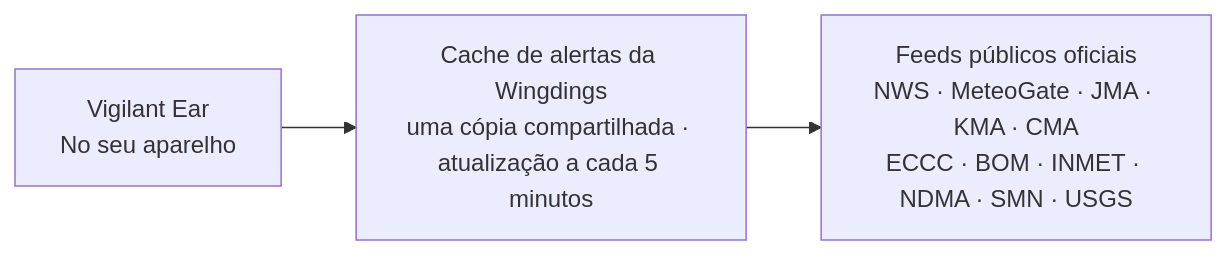
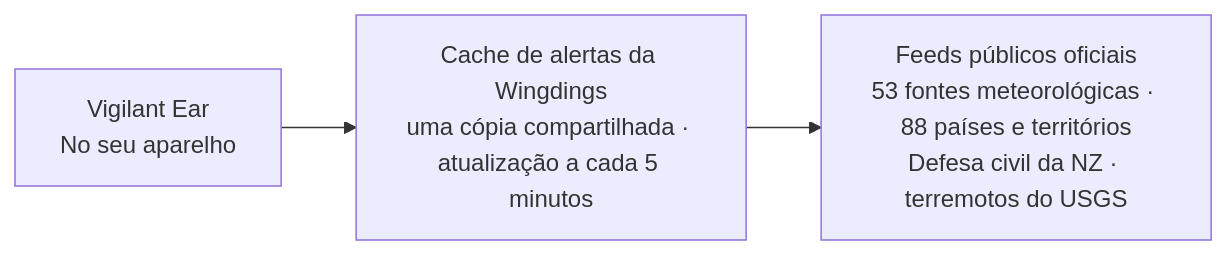
One commit to rpalm01-star/VigilantEarLegal changed the fourth of 4 diagrams in README_pt-BR.md. Above: the diagram before and after it, drawn with Mermaid. The commit also changed other lines of this file and 44 other files, not shown here.

````diff
--- a/README_pt-BR.md
+++ b/README_pt-BR.md
@@ -171,5 +171,5 @@
 ```mermaid
 graph LR
     P1["Vigilant Ear<br/>No seu aparelho"] --> W["Cache de alertas da Wingdings<br/>uma cópia compartilhada · atualização a cada 5 minutos"]
-    W --> N["Feeds públicos oficiais<br/>NWS · MeteoGate · JMA · KMA · CMA<br/>ECCC · BOM · INMET · NDMA · SMN · USGS"]
+    W --> N["Feeds públicos oficiais<br/>53 fontes meteorológicas · 88 países e territórios<br/>Defesa civil da NZ · terremotos do USGS"]
 ```
````
